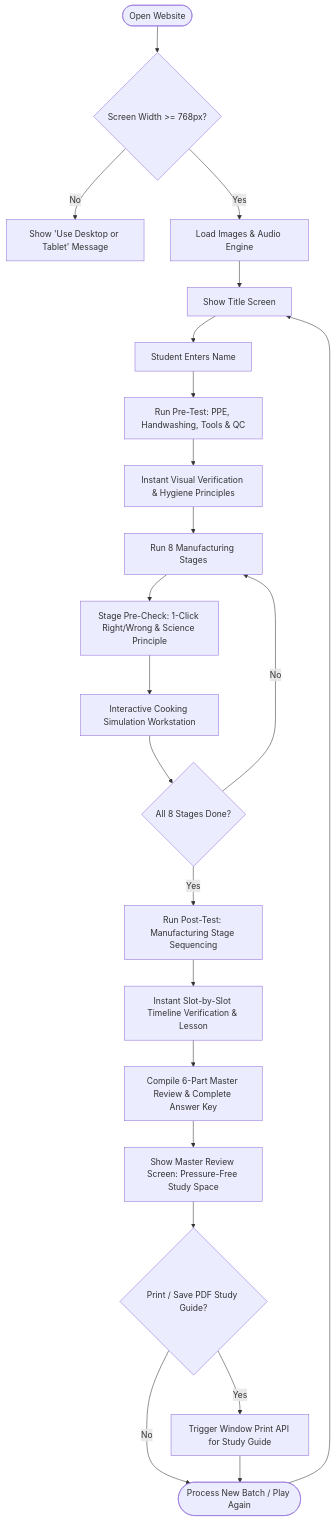
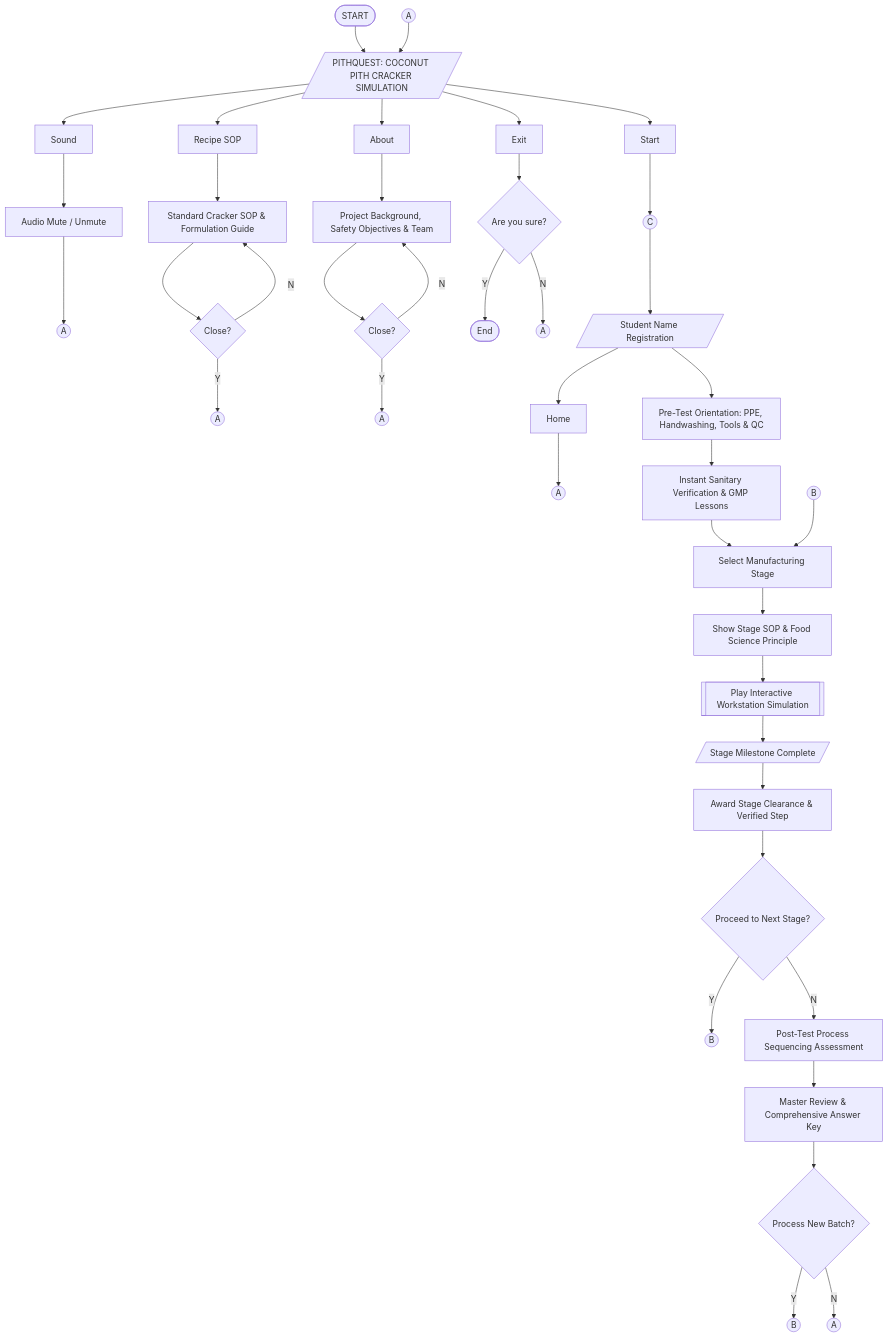
One commit to gjcodess/PithQuest changed the third of 4 diagrams in docs/SYSTEM_DIAGRAMS.md. Above: the diagram before and after it, drawn with Mermaid. The commit also changed other lines of this file and 15 other files, not shown here.

````diff
--- a/docs/SYSTEM_DIAGRAMS.md
+++ b/docs/SYSTEM_DIAGRAMS.md
@@ -84,29 +84,56 @@
 ```mermaid
 flowchart TD
-    Start([Open Website]) --> CheckScreen{Screen Width >= 768px?}
-    CheckScreen -- No --> ShowWarning[Show 'Use Desktop or Tablet' Message]
-    CheckScreen -- Yes --> LoadAssets[Load Images & Audio Engine]
-    
-    LoadAssets --> TitleScreen[Show Title Screen]
-    TitleScreen --> InputName[Student Enters Name]
-    InputName --> RunPreTest[Run Pre-Test: PPE, Handwashing, Tools & QC]
-    
-    RunPreTest --> InstantPreFeedback[Instant Visual Verification & Hygiene Principles]
-    InstantPreFeedback --> RunStages[Run 8 Manufacturing Stages]
-    
-    RunStages --> PreCheckModal[Stage Pre-Check: 1-Click Right/Wrong & Science Principle]
-    PreCheckModal --> CookingSimulation[Interactive Cooking Simulation Workstation]
-    CookingSimulation --> StageLoop{All 8 Stages Done?}
-    StageLoop -- No --> RunStages
-    StageLoop -- Yes --> RunPostTest[Run Post-Test: Manufacturing Stage Sequencing]
-    
-    RunPostTest --> VerifyTimeline[Instant Slot-by-Slot Timeline Verification & Lesson]
-    VerifyTimeline --> CompileMasterReview[Compile 6-Part Master Review & Complete Answer Key]
-    CompileMasterReview --> ShowReview[Show Master Review Screen: Pressure-Free Study Space]
-    
-    ShowReview --> PrintReport{Print / Save PDF Study Guide?}
-    PrintReport -- Yes --> OpenPrint[Trigger Window Print API for Study Guide]
-    PrintReport -- No --> End([Process New Batch / Play Again])
-    OpenPrint --> End
-    End --> TitleScreen
+    Start([START]) --> Banner[/PITHQUEST: COCONUT PITH CRACKER SIMULATION/]
+    ConnA_Top((A)) --> Banner
+
+    Banner --> BtnStart[Start]
+    Banner --> BtnSound[Sound]
+    Banner --> BtnRecipe[Recipe SOP]
+    Banner --> BtnAbout[About]
+    Banner --> BtnExit[Exit]
+
+    %% Sound Branch
+    BtnSound --> ProcSound[Audio Mute / Unmute]
+    ProcSound --> ConnA_Sound((A))
+
+    %% Recipe SOP Branch
+    BtnRecipe --> ProcRecipe[Standard Cracker SOP & Formulation Guide]
+    ProcRecipe --> DecCloseRecipe{"Close?"}
+    DecCloseRecipe -- Y --> ConnA_Recipe((A))
+    DecCloseRecipe -- N --> ProcRecipe
+
+    %% About Branch
+    BtnAbout --> ProcAbout[Project Background, Safety Objectives & Team]
+    ProcAbout --> DecCloseAbout{"Close?"}
+    DecCloseAbout -- Y --> ConnA_About((A))
+    DecCloseAbout -- N --> ProcAbout
+
+    %% Exit Branch
+    BtnExit --> DecExit{"Are you sure?"}
+    DecExit -- Y --> EndProg([End])
+    DecExit -- N --> ConnA_Exit((A))
+
+    %% Start Branch
+    BtnStart --> ConnC((C))
+    ConnC --> ScrName[/Student Name Registration/]
+    ScrName --> BtnHome[Home]
+    BtnHome --> ConnA_Home((A))
+
+    ScrName --> ProcPreTest[Pre-Test Orientation: PPE, Handwashing, Tools & QC]
+    ProcPreTest --> ProcPreFeedback[Instant Sanitary Verification & GMP Lessons]
+    ProcPreFeedback --> ProcSelectStage[Select Manufacturing Stage]
+
+    ConnB_Top((B)) --> ProcSelectStage
+    ProcSelectStage --> ProcShowLesson[Show Stage SOP & Food Science Principle]
+    ProcShowLesson --> ProcPlay[[Play Interactive Workstation Simulation]]
+    ProcPlay --> ScrStageComplete[/Stage Milestone Complete/]
+    ScrStageComplete --> ProcReward[Award Stage Clearance & Verified Step]
+    ProcReward --> DecNextStage{"Proceed to Next Stage?"}
+
+    DecNextStage -- Y --> ConnB_Next((B))
+    DecNextStage -- N --> ProcPostTest[Post-Test Process Sequencing Assessment]
+    ProcPostTest --> ProcReview[Master Review & Comprehensive Answer Key]
+    ProcReview --> DecRestart{"Process New Batch?"}
+    DecRestart -- Y --> ConnB_Restart((B))
+    DecRestart -- N --> ConnA_End((A))
 ```
````
